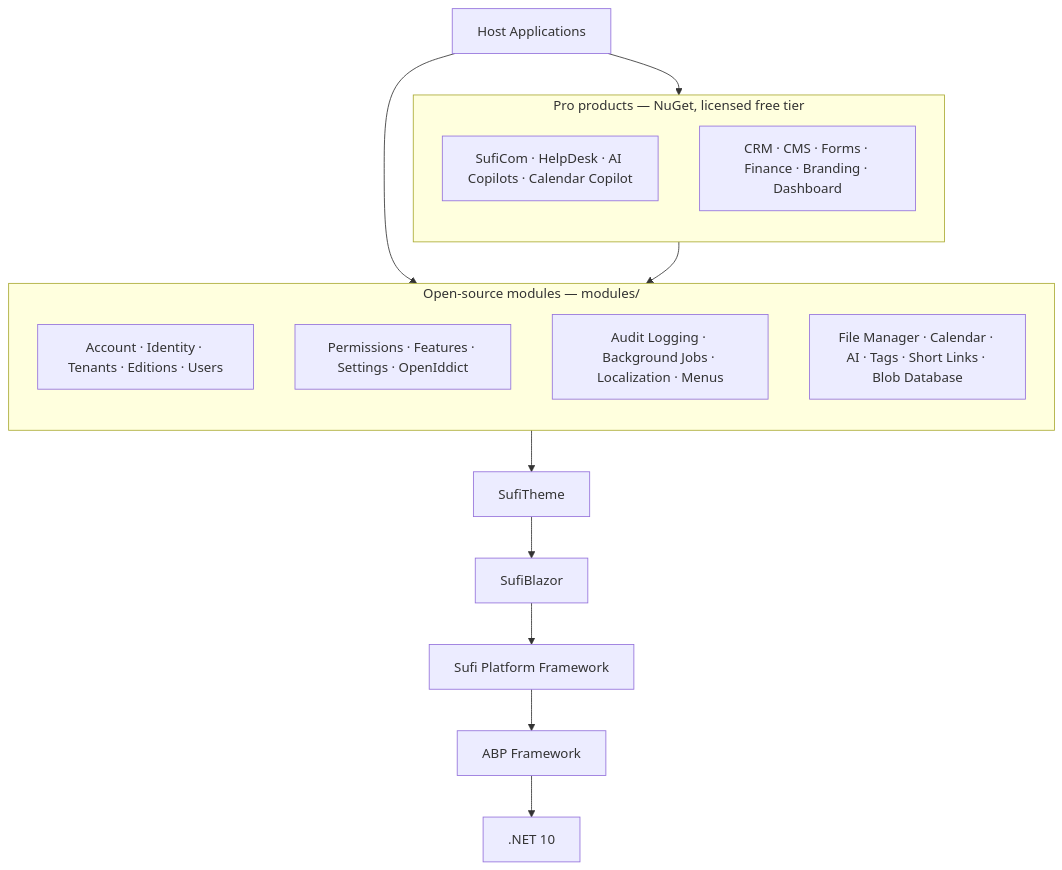
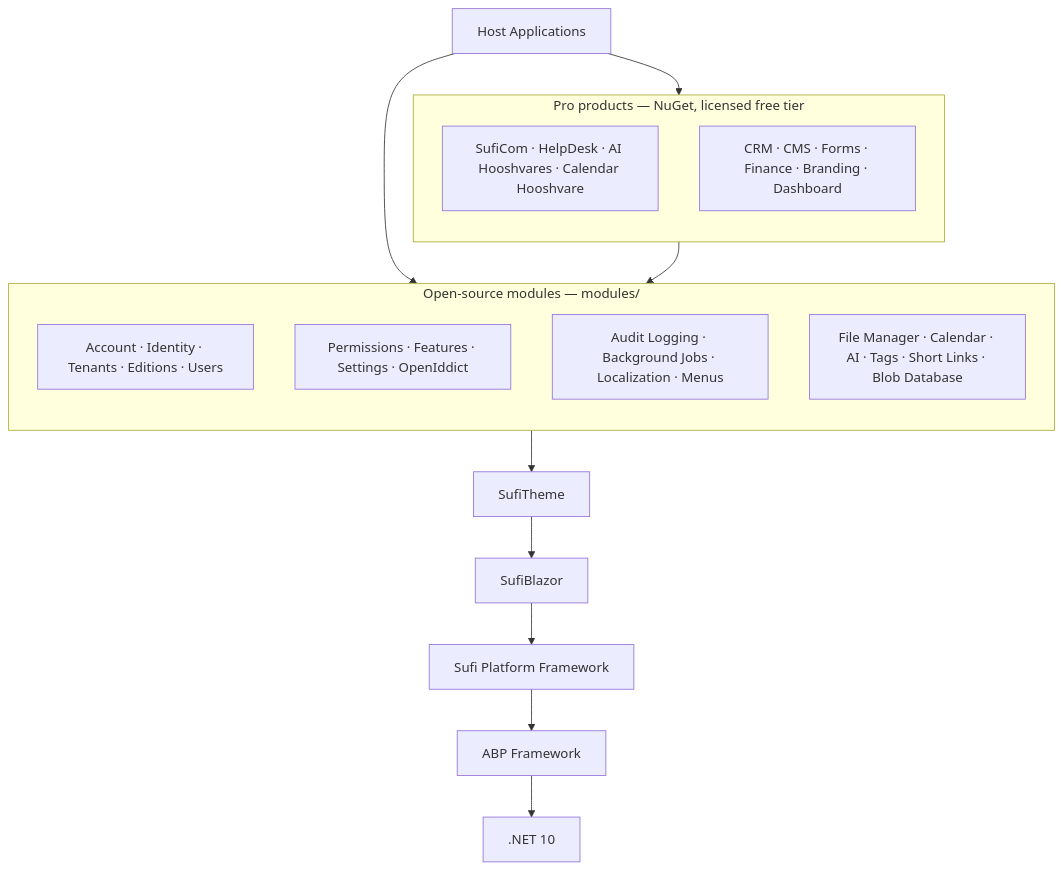
The diagram in README.md (sufi-chain/sufi-platform), drawn with Mermaid before and after one commit. The commit also changed other lines of this file and 174 other files, not shown here.

First line of the commit message:
refactor(ai): rename copilots to Hooshvare across platform packages and tests

````diff
--- a/README.md
+++ b/README.md
@@ -35,33 +35,33 @@
 ```mermaid
 flowchart TB
     Host[Host Applications]
 
     subgraph Pro["Pro products — NuGet, licensed free tier"]
         direction TB
-        ProA["SufiCom · HelpDesk · AI Copilots · Calendar Copilot"]
+        ProA["SufiCom · HelpDesk · AI Hooshvares · Calendar Hooshvare"]
         ProB["CRM · CMS · Forms · Finance · Branding · Dashboard"]
     end
 
     subgraph OSS["Open-source modules — modules/"]
         direction TB
         OssA["Account · Identity · Tenants · Editions · Users"]
         OssB["Permissions · Features · Settings · OpenIddict"]
         OssC["Audit Logging · Background Jobs · Localization · Menus"]
         OssD["File Manager · Calendar · AI · Tags · Short Links · Blob Database"]
     end
 
     Theme[SufiTheme]
     Blazor[SufiBlazor]
     Framework[Sufi Platform Framework]
     Abp[ABP Framework]
     DotNet[.NET 10]
 
     Host --> Pro
     Host --> OSS
     Pro --> OSS
     OSS --> Theme
     Theme --> Blazor
     Blazor --> Framework
     Framework --> Abp
     Abp --> DotNet
 ```
````
